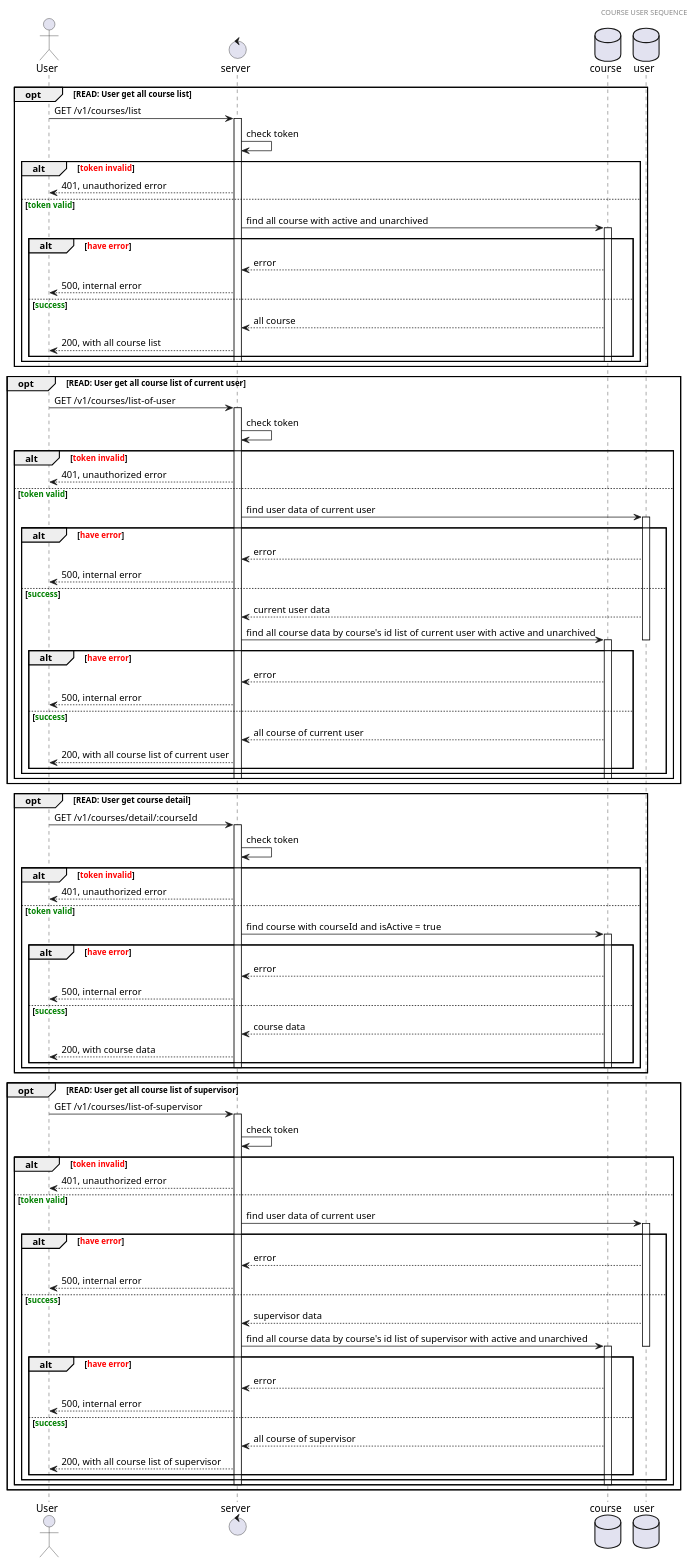
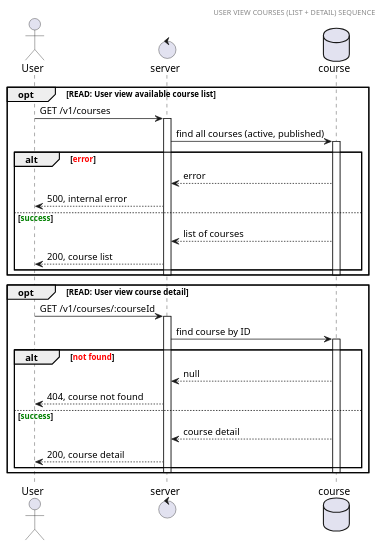
The diagram in courses/user/read.sequence.puml (ntathuw/GraduationThesis), drawn with PlantUML before and after one commit. The commit also changed 32 other files, not shown here.

First line of the commit message:
add activity and sequence diagram

```diff
--- a/courses/user/read.sequence.puml
+++ b/courses/user/read.sequence.puml
@@ -1,111 +1,40 @@
-@startuml Course user sequence
+@startuml User course sequence
 
-header COURSE USER SEQUENCE
-actor User 
+header USER VIEW COURSES (LIST + DETAIL) SEQUENCE
+actor User
 control server
 database course
-database user
 
-opt READ: User get all course list
-  User -> server: GET /v1/courses/list
+opt READ: User view available course list
+  User -> server: GET /v1/courses
   activate server
-  server -> server: check token
-  alt <font color=red>token invalid</font>
-    server --> User: 401, unauthorized error
-  else <font color=green>token valid</font>
-    server -> course: find all course with active and unarchived
-    activate course
-    alt <font color=red>have error</font>
-      course --> server: error
-      server --> User: 500, internal error
-    else <font color=green>success</font>
-      course --> server: all course 
-      server --> User: 200, with all course list
-    end
-    deactivate course
-    deactivate server
+  server -> course: find all courses (active, published)
+  activate course
+  alt <font color=red>error</font>
+    course --> server: error
+    server --> User: 500, internal error
+  else <font color=green>success</font>
+    course --> server: list of courses
+    server --> User: 200, course list
   end
+  deactivate course
+  deactivate server
 end
 
-opt READ: User get all course list of current user
-  User -> server: GET /v1/courses/list-of-user
+opt READ: User view course detail
+  User -> server: GET /v1/courses/:courseId
   activate server
-  server -> server: check token
-  alt <font color=red>token invalid</font>
-    server --> User: 401, unauthorized error
-  else <font color=green>token valid</font>
-    server -> user: find user data of current user
-    activate user
-    alt <font color=red>have error</font>
-      user --> server: error
-      server --> User: 500, internal error
-    else <font color=green>success</font>
-      user --> server: current user data
-      server -> course: find all course data by course's id list of current user with active and unarchived
-      deactivate user
-      activate course
-      alt <font color=red>have error</font>
-        course --> server: error
-        server --> User: 500, internal error
-      else <font color=green>success</font>
-        course --> server: all course of current user
-        server --> User: 200, with all course list of current user
-      end
-    end
-    deactivate course
-    deactivate server
+  server -> course: find course by ID
+  activate course
+  alt <font color=red>not found</font>
+    course --> server: null
+    server --> User: 404, course not found
+  else <font color=green>success</font>
+    course --> server: course detail
+    server --> User: 200, course detail
   end
-end
-
-opt READ: User get course detail
-  User -> server: GET /v1/courses/detail/:courseId
-  activate server
-  server -> server: check token
-  alt <font color=red>token invalid</font>
-    server --> User: 401, unauthorized error
-  else <font color=green>token valid</font>
-    server -> course: find course with courseId and isActive = true
-    activate course
-    alt <font color=red>have error</font>
-      course --> server: error
-      server --> User: 500, internal error
-    else <font color=green>success</font>
-      course --> server: course data
-      server --> User: 200, with course data
-    end
-    deactivate course
-    deactivate server
-  end
-end
-
-opt READ: User get all course list of supervisor
-  User -> server: GET /v1/courses/list-of-supervisor
-  activate server
-  server -> server: check token
-  alt <font color=red>token invalid</font>
-    server --> User: 401, unauthorized error
-  else <font color=green>token valid</font>
-    server -> user: find user data of current user
-    activate user
-    alt <font color=red>have error</font>
-      user --> server: error
-      server --> User: 500, internal error
-    else <font color=green>success</font>
-      user --> server: supervisor data
-      server -> course: find all course data by course's id list of supervisor with active and unarchived
-      deactivate user
-      activate course
-      alt <font color=red>have error</font>
-        course --> server: error
-        server --> User: 500, internal error
-      else <font color=green>success</font>
-        course --> server: all course of supervisor
-        server --> User: 200, with all course list of supervisor
-      end
-    end
-    deactivate course
-    deactivate server
-  end
+  deactivate course
+  deactivate server
 end
 
 @enduml
```
